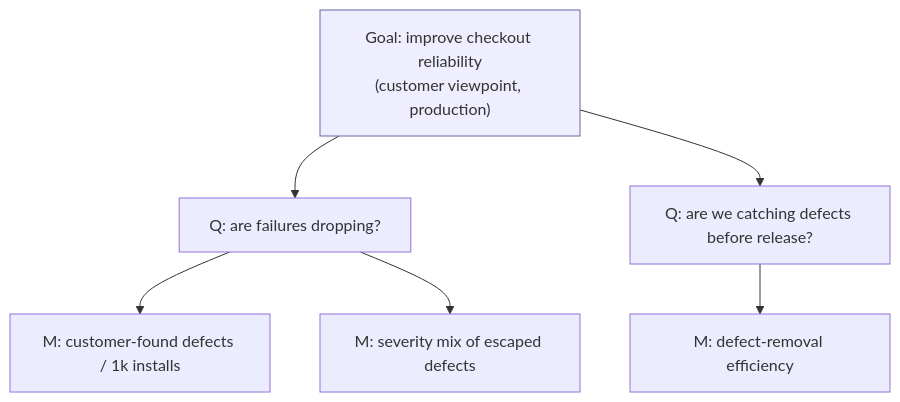
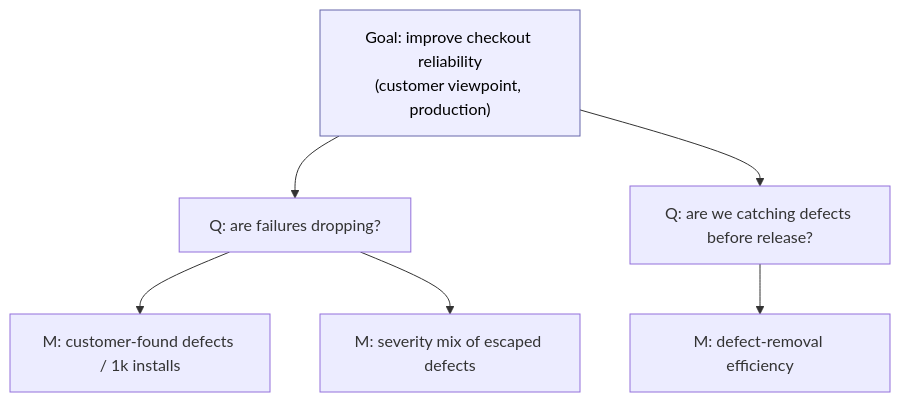
One commit to vrthra/open-swe-book changed the first of 3 diagrams in chapters/10-quality-metrics/README.md. Above: the diagram before and after it, drawn with Mermaid. The commit also changed other lines of this file and 9 other files, not shown here.

Commit message:
Fix for typos and diagrams in dark mode

````diff
--- a/chapters/10-quality-metrics/README.md
+++ b/chapters/10-quality-metrics/README.md
@@ -103,16 +103,16 @@
 ```mermaid
 flowchart TD
     G["Goal: improve checkout reliability<br/>(customer viewpoint, production)"]
     Q1[Q: are failures dropping?]
     Q2[Q: are we catching defects before release?]
     M1[M: customer-found defects / 1k installs]
     M2[M: defect-removal efficiency]
     M3[M: severity mix of escaped defects]
     G --> Q1
     G --> Q2
     Q1 --> M1
     Q1 --> M3
     Q2 --> M2
-    classDef g fill:#eef,stroke:#66a;
+    classDef g fill:#eef,stroke:#66a,color:#000;
     class G g;
 ```
````
